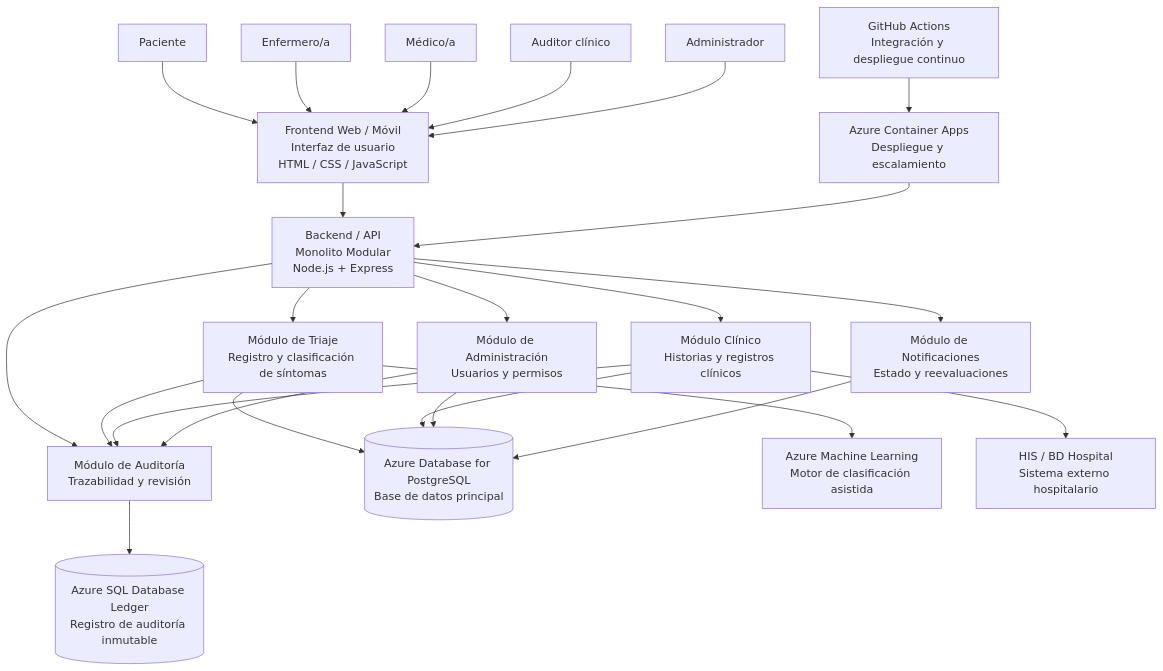
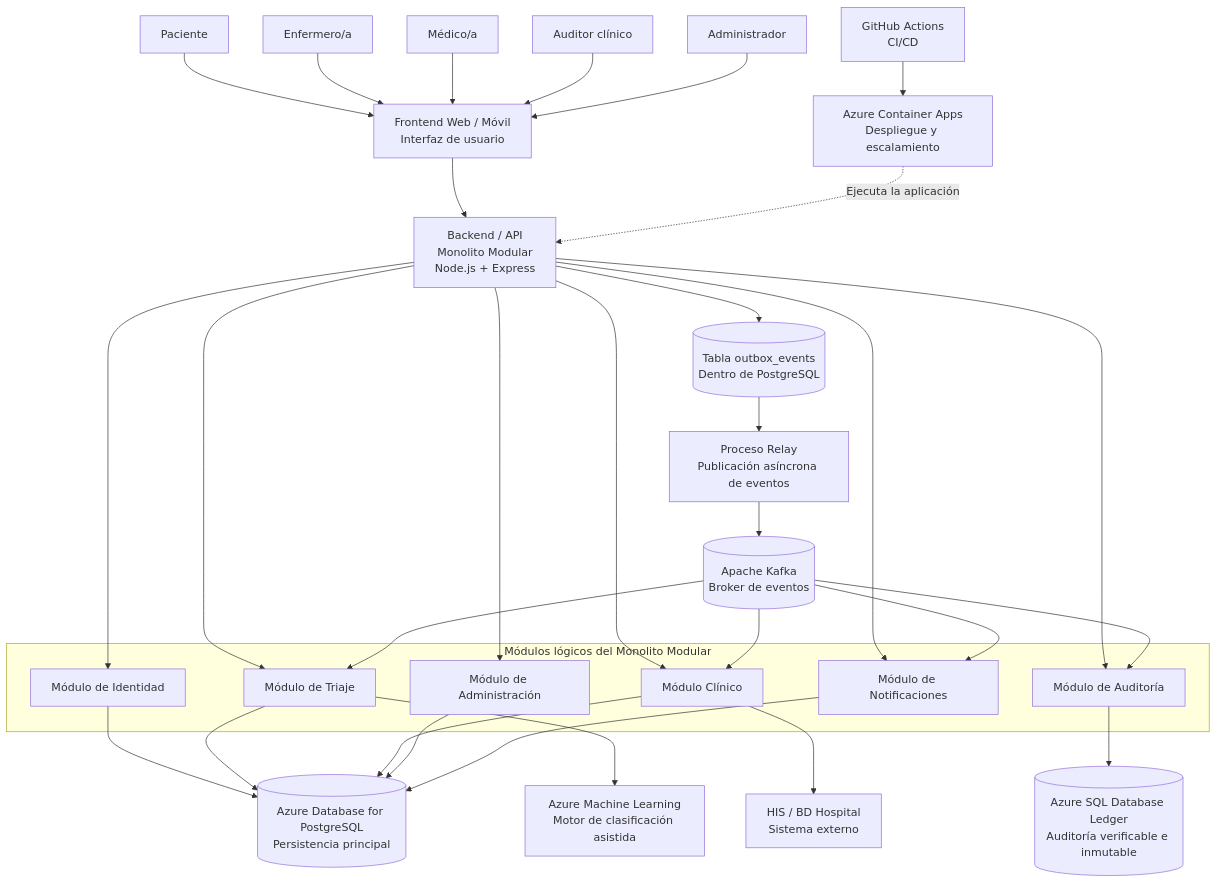
One commit to ginalef-ui/MediTriage changed the diagram in docs/architecture/02-c4-contenedor.md. Above: the diagram before and after it, drawn with Mermaid. The commit also changed other lines of this file, not shown here.

````diff
--- a/docs/architecture/02-c4-contenedor.md
+++ b/docs/architecture/02-c4-contenedor.md
@@ -22,73 +33,89 @@
     auditor["Auditor clínico"]
     admin["Administrador"]
 
-    %% Sistema principal
-    frontend["Frontend Web / Móvil<br/>Interfaz de usuario<br/>HTML / CSS / JavaScript"]
+    %% Aplicación
+    frontend["Frontend Web / Móvil<br/>Interfaz de usuario"]
 
     backend["Backend / API<br/>Monolito Modular<br/>Node.js + Express"]
 
-    %% Módulos internos del monolito
-    triaje["Módulo de Triaje<br/>Registro y clasificación de síntomas"]
-    clinico["Módulo Clínico<br/>Historias y registros clínicos"]
-    auditoria["Módulo de Auditoría<br/>Trazabilidad y revisión"]
-    administracion["Módulo de Administración<br/>Usuarios y permisos"]
-    notificaciones["Módulo de Notificaciones<br/>Estado y reevaluaciones"]
+    %% Módulos lógicos del backend
+    subgraph MODULOS["Módulos lógicos del Monolito Modular"]
+        identidad["Módulo de Identidad"]
+        triaje["Módulo de Triaje"]
+        clinico["Módulo Clínico"]
+        administracion["Módulo de Administración"]
+        auditoria["Módulo de Auditoría"]
+        notificaciones["Módulo de Notificaciones"]
+    end
 
     %% Persistencia
-    postgres[("Azure Database for PostgreSQL<br/>Base de datos principal")]
+    postgres[("Azure Database for PostgreSQL<br/>Persistencia principal")]
 
-    ledger[("Azure SQL Database Ledger<br/>Registro de auditoría inmutable")]
+    outbox[("Tabla outbox_events<br/>Dentro de PostgreSQL")]
 
-    %% IA
-    aml["Azure Machine Learning<br/>Motor de clasificación asistida"]
+    ledger[("Azure SQL Database Ledger<br/>Auditoría verificable e inmutable")]
 
-    %% Sistema hospitalario externo
-    his["HIS / BD Hospital<br/>Sistema externo hospitalario"]
+    %% Eventos
+    relay["Proceso Relay<br/>Publicación asíncrona de eventos"]
 
-    %% Despliegue / infraestructura
-    container["Azure Container Apps<br/>Despliegue y escalamiento"]
+    kafka[("Apache Kafka<br/>Broker de eventos")]
 
-    %% CI/CD
-    github["GitHub Actions<br/>Integración y despliegue continuo"]
+    %% Inteligencia artificial
+    ia["Azure Machine Learning<br/>Motor de clasificación asistida"]
 
-    %% Relaciones usuarios
+    %% Sistema externo
+    his["HIS / BD Hospital<br/>Sistema externo"]
+
+    %% Infraestructura
+    aca["Azure Container Apps<br/>Despliegue y escalamiento"]
+
+    cicd["GitHub Actions<br/>CI/CD"]
+
+    %% Acceso de usuarios
     paciente --> frontend
     enfermero --> frontend
     medico --> frontend
     auditor --> frontend
     admin --> frontend
 
-    %% Frontend
     frontend --> backend
 
-    %% Monolito modular
+    %% Organización modular
+    backend --> identidad
     backend --> triaje
     backend --> clinico
+    backend --> administracion
     backend --> auditoria
-    backend --> administracion
     backend --> notificaciones
 
     %% Persistencia
+    identidad --> postgres
     triaje --> postgres
     clinico --> postgres
     administracion --> postgres
     notificaciones --> postgres
 
+    %% Outbox
+    backend --> outbox
+    outbox --> relay
+    relay --> kafka
+
+    %% Eventos consumidos
+    kafka --> triaje
+    kafka --> clinico
+    kafka --> auditoria
+    kafka --> notificaciones
+
     %% Auditoría
     auditoria --> ledger
-    triaje --> auditoria
-    clinico --> auditoria
-    administracion --> auditoria
 
-    %% Inteligencia artificial
-    triaje --> aml
+    %% IA
+    triaje --> ia
 
-    %% Integración hospitalaria
+    %% Integración externa
     clinico --> his
 
     %% Despliegue
-    container --> backend
-
-    %% CI/CD
-    github --> container
+    aca -. "Ejecuta la aplicación" .-> backend
+    cicd --> aca
 ```
````
